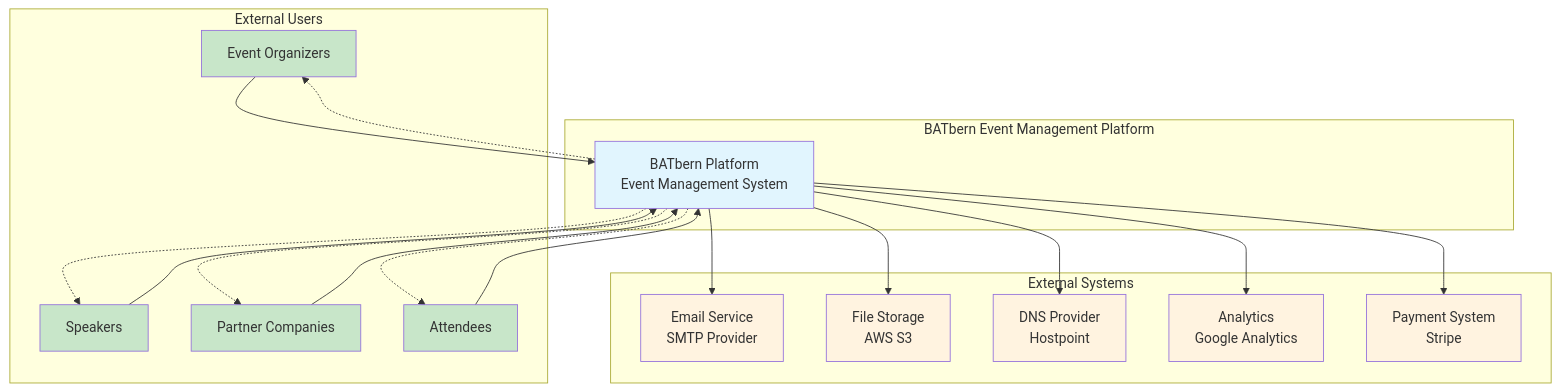
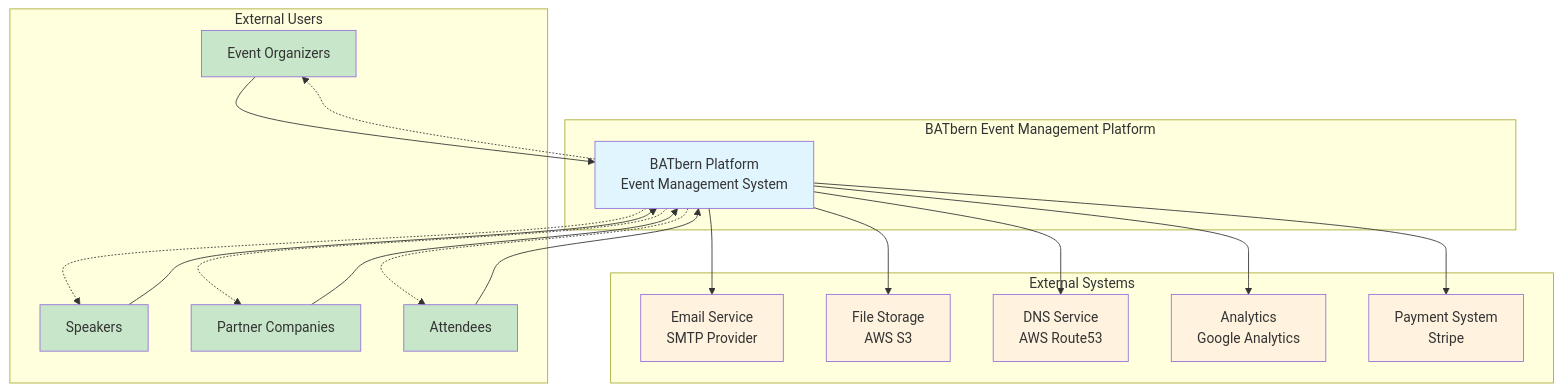
The first of 3 diagrams in docs/architecture/01-system-overview.md (nissimbuchs/BATbern2), drawn with Mermaid before and after one commit. The commit also changed other lines of this file and 6 other files, not shown here.

````diff
--- a/docs/architecture/01-system-overview.md
+++ b/docs/architecture/01-system-overview.md
@@ -68,48 +68,48 @@
 ```mermaid
 graph TB
     subgraph "External Users"
         A[Event Organizers]
         B[Speakers]
         C[Partner Companies]
         D[Attendees]
     end
 
     subgraph "External Systems"
         E[Email Service<br/>SMTP Provider]
         F[File Storage<br/>AWS S3]
-        G[DNS Provider<br/>Hostpoint]
+        G[DNS Service<br/>AWS Route53]
         H[Analytics<br/>Google Analytics]
         I[Payment System<br/>Stripe]
     end
 
     subgraph "BATbern Event Management Platform"
         J[BATbern Platform<br/>Event Management System]
     end
 
     A --> J
     B --> J
     C --> J
     D --> J
 
     J --> E
     J --> F
     J --> G
     J --> H
     J --> I
 
     J -.-> A
     J -.-> B
     J -.-> C
     J -.-> D
 
     style J fill:#e1f5fe
     style A fill:#c8e6c9
     style B fill:#c8e6c9
     style C fill:#c8e6c9
     style D fill:#c8e6c9
     style E fill:#fff3e0
     style F fill:#fff3e0
     style G fill:#fff3e0
     style H fill:#fff3e0
     style I fill:#fff3e0
 ```
````
